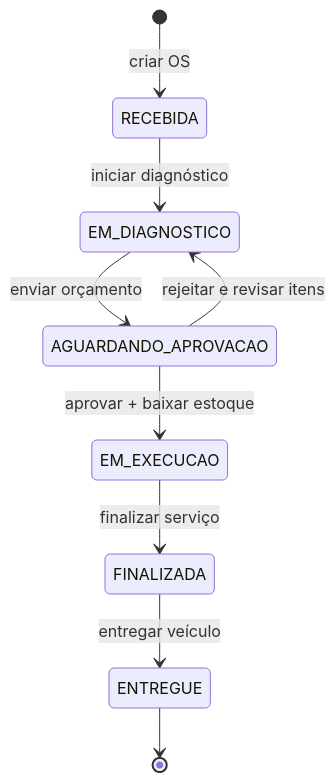
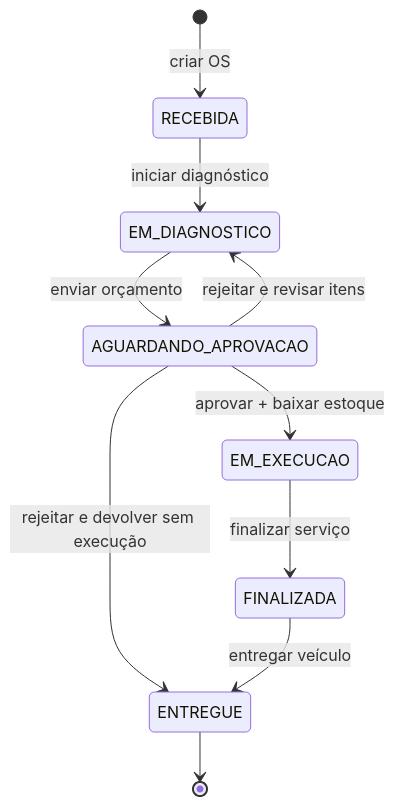
One commit to diegodpcarvalho/fiap-tech-challenge-fase-1 changed the third of 5 diagrams in docs/ddd/diagramas.md. Above: the diagram before and after it, drawn with Mermaid. The commit also changed other lines of this file and 30 other files, not shown here.

````diff
--- a/docs/ddd/diagramas.md
+++ b/docs/ddd/diagramas.md
@@ -57,11 +59,12 @@
 ```mermaid
 stateDiagram-v2
   [*] --> RECEBIDA: criar OS
   RECEBIDA --> EM_DIAGNOSTICO: iniciar diagnóstico
   EM_DIAGNOSTICO --> AGUARDANDO_APROVACAO: enviar orçamento
   AGUARDANDO_APROVACAO --> EM_DIAGNOSTICO: rejeitar e revisar itens
+  AGUARDANDO_APROVACAO --> ENTREGUE: rejeitar e devolver sem execução
   AGUARDANDO_APROVACAO --> EM_EXECUCAO: aprovar + baixar estoque
   EM_EXECUCAO --> FINALIZADA: finalizar serviço
   FINALIZADA --> ENTREGUE: entregar veículo
   ENTREGUE --> [*]
 ```
````
